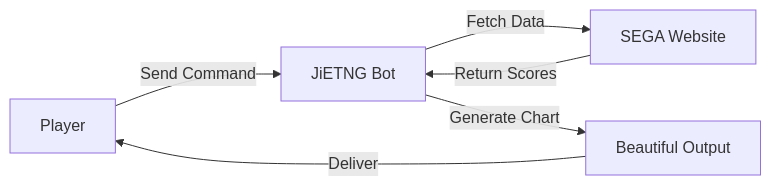
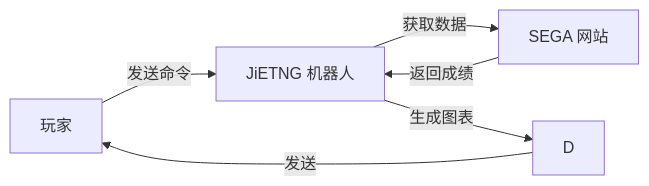
One commit to Matsuk1/JiETNG-maimai-dx-bot changed the diagram in docs/guide/introduction.md. Above: the diagram before and after it, drawn with Mermaid. The commit also changed other lines of this file and 41 other files, not shown here.

````diff
--- a/docs/guide/introduction.md
+++ b/docs/guide/introduction.md
@@ -61,8 +61,8 @@
 ```mermaid
 graph LR
-    A[Player] -->|Send Command| B[JiETNG Bot]
-    B -->|Fetch Data| C[SEGA Website]
-    C -->|Return Scores| B
-    B -->|Generate Chart| D[Beautiful Output]
-    D -->|Deliver| A
+    A[玩家] -->|发送命令| B[JiETNG 机器人]
+    B -->|获取数据| C[SEGA 网站]
+    C -->|返回成绩| B
+    B -->|生成图表| D
+    D -->|发送| A
 ```
````
